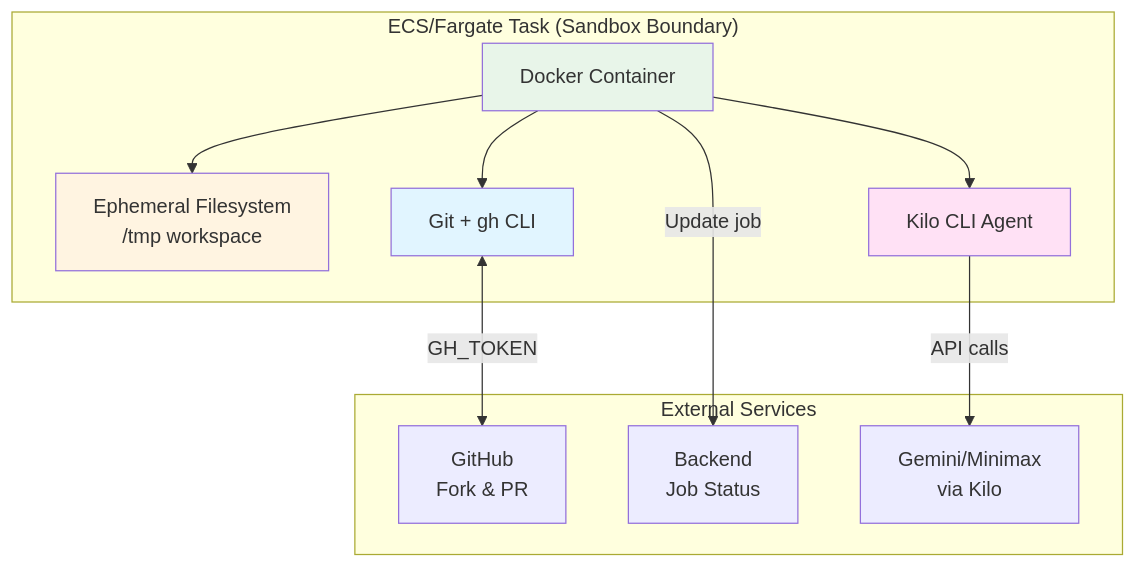
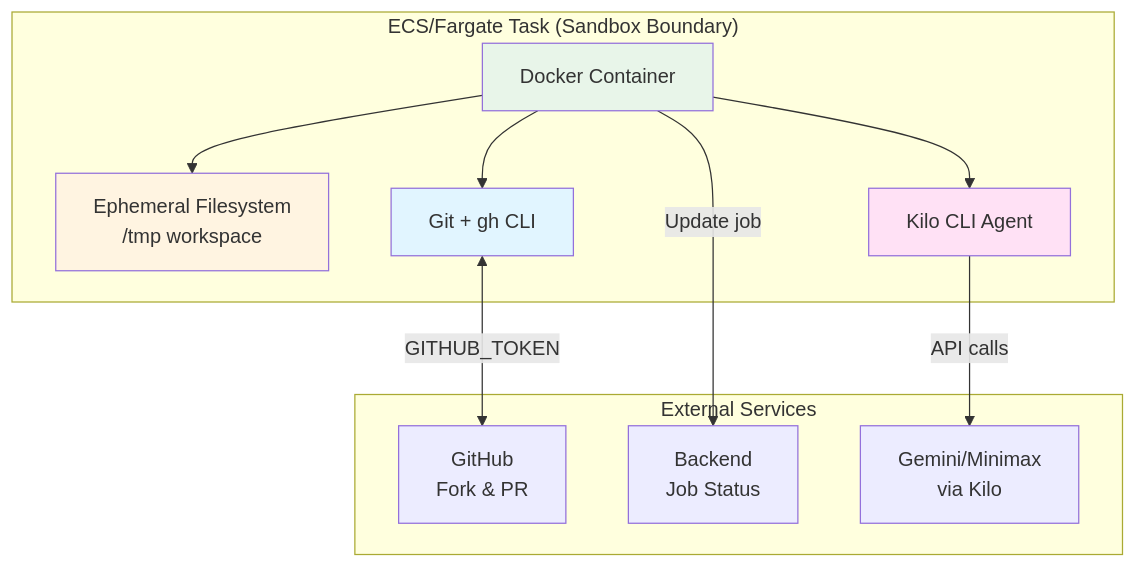
The second of 5 diagrams in documentation/coding_agent_sandbox_architecture.md (altock/soulcaster), drawn with Mermaid before and after one commit. The commit also changed other lines of this file and 25 other files, not shown here.

````diff
--- a/documentation/coding_agent_sandbox_architecture.md
+++ b/documentation/coding_agent_sandbox_architecture.md
@@ -77,28 +77,28 @@
 ```mermaid
 graph TB
     subgraph "ECS/Fargate Task (Sandbox Boundary)"
         Container[Docker Container]
         FS[Ephemeral Filesystem<br/>/tmp workspace]
         Kilo[Kilo CLI Agent]
         Git[Git + gh CLI]
         
         Container --> FS
         Container --> Kilo
         Container --> Git
     end
     
     subgraph "External Services"
         GitHub[GitHub<br/>Fork & PR]
         Backend[Backend<br/>Job Status]
         Provider[Gemini/Minimax<br/>via Kilo]
     end
     
-    Git <-->|GH_TOKEN| GitHub
+    Git <-->|GITHUB_TOKEN| GitHub
     Kilo -->|API calls| Provider
     Container -->|Update job| Backend
     
     style Container fill:#e8f5e9
     style FS fill:#fff4e1
     style Kilo fill:#ffe1f5
     style Git fill:#e1f5ff
 ```
````
